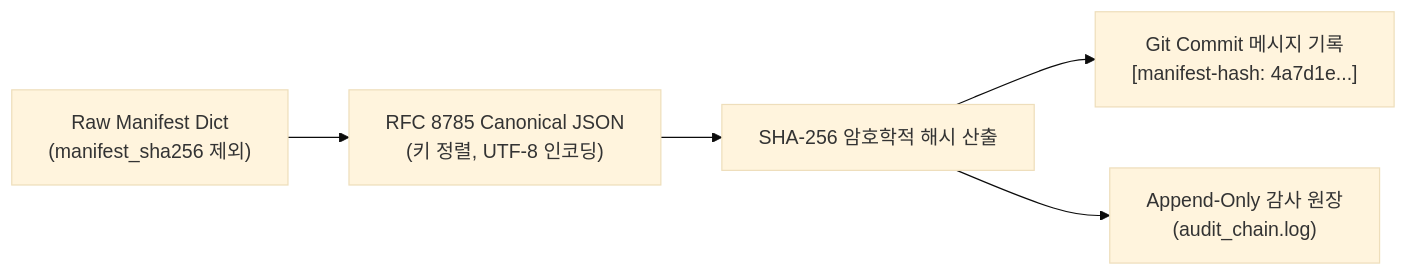
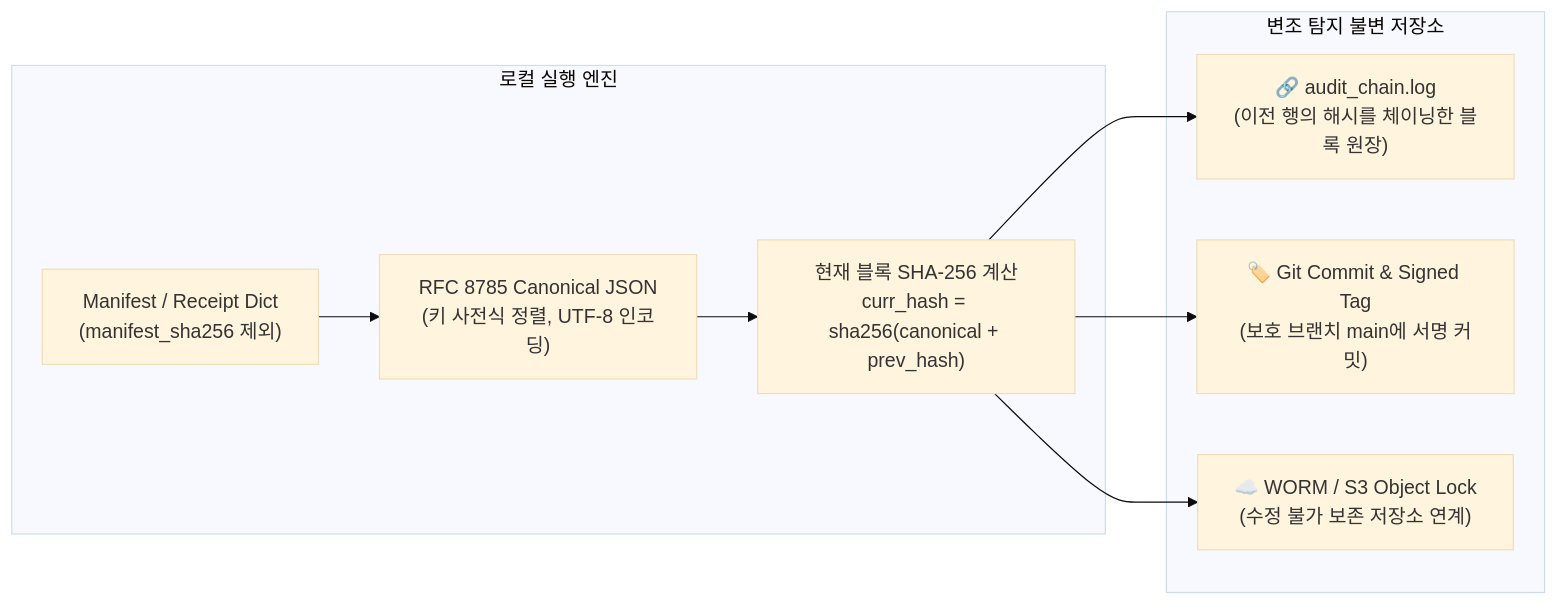
One commit to mycar4/enkoa-practice-knowledge-graph changed the second of 2 diagrams in 내작업폴더/25_DART_v0.4_변조탐지_실행매니페스트_및_감사영수증_아키텍처_설계서.md. Above: the diagram before and after it, drawn with Mermaid (base theme). The commit also changed other lines of this file, not shown here.

Commit message:
docs(v0.4): finalize architecture v1.1.0 with hash chain audit log, crash-tolerant 3-phase write state machine, compound quarantine guard, and xml_size_bytes

````diff
--- a/내작업폴더/25_DART_v0.4_변조탐지_실행매니페스트_및_감사영수증_아키텍처_설계서.md
+++ b/내작업폴더/25_DART_v0.4_변조탐지_실행매니페스트_및_감사영수증_아키텍처_설계서.md
@@ -107,7 +106,13 @@
 ```mermaid
 flowchart LR
-    A["Raw Manifest Dict\n(manifest_sha256 제외)"] --> B["RFC 8785 Canonical JSON\n(키 정렬, UTF-8 인코딩)"]
-    B --> C["SHA-256 암호학적 해시 산출"]
-    C --> D["Git Commit 메시지 기록\n[manifest-hash: 4a7d1e...]"]
-    C --> E["Append-Only 감사 원장\n(audit_chain.log)"]
+    subgraph LocalEngine ["로컬 실행 엔진"]
+        M1["Manifest / Receipt Dict\n(manifest_sha256 제외)"] --> M2["RFC 8785 Canonical JSON\n(키 사전식 정렬, UTF-8 인코딩)"]
+        M2 --> M3["현재 블록 SHA-256 계산\ncurr_hash = sha256(canonical + prev_hash)"]
+    end
+
+    subgraph ImmutableStorage ["변조 탐지 불변 저장소"]
+        M3 --> L["🔗 audit_chain.log\n(이전 행의 해시를 체이닝한 블록 원장)"]
+        M3 --> G["🏷️ Git Commit & Signed Tag\n(보호 브랜치 main에 서명 커밋)"]
+        M3 --> W["☁️ WORM / S3 Object Lock\n(수정 불가 보존 저장소 연계)"]
+    end
 ```
````
